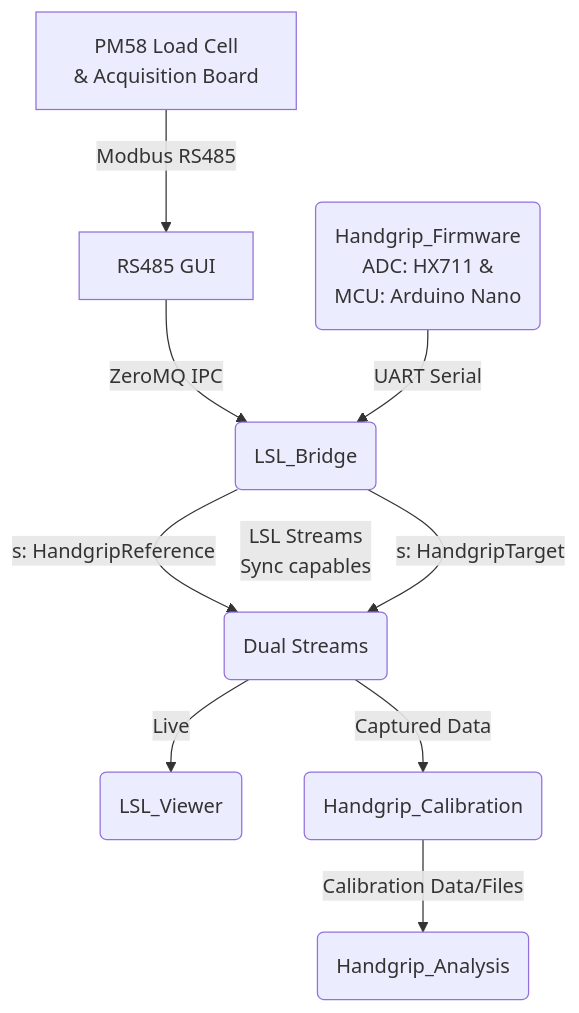
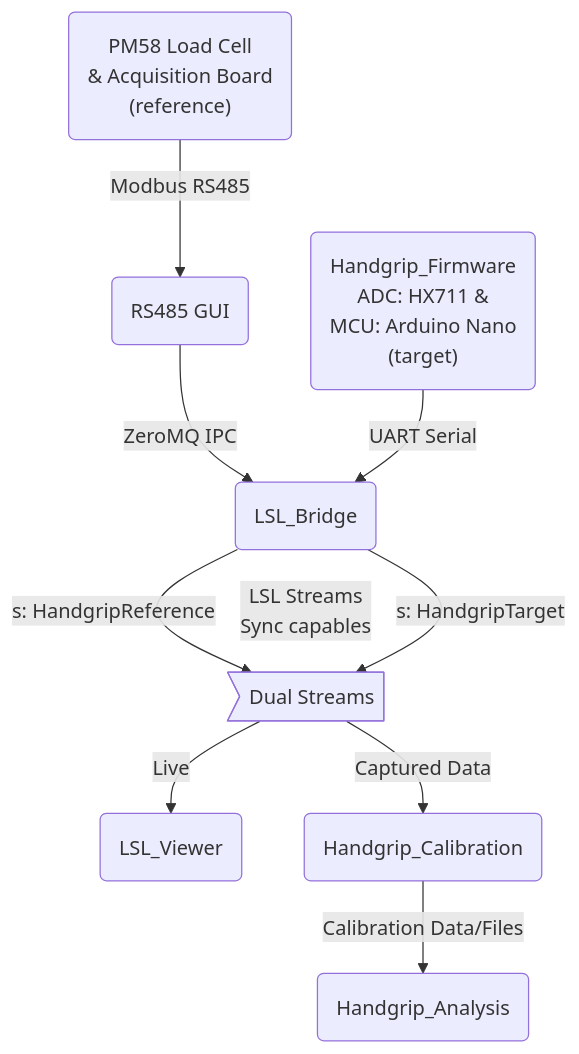
One commit to MadHuslista/madhus.project.handgrip changed the diagram in README.md. Above: the diagram before and after it, drawn with Mermaid. The commit also changed other lines of this file and 3 other files, not shown here.

````diff
--- a/README.md
+++ b/README.md
@@ -13,12 +13,13 @@
 ```mermaid
 flowchart TD
-    Hardware[PM58 Load Cell \n& Acquisition Board] -->|Modbus RS485| RS485_GUI[RS485 GUI]
+    Streams>"Dual Streams"]
+    Hardware("PM58 Load Cell \n& Acquisition Board\n(reference)") -->|Modbus RS485| RS485_GUI(RS485 GUI)
     RS485_GUI -->|ZeroMQ IPC| Bridge(LSL_Bridge)
-    FW(Handgrip_Firmware \nADC: HX711 &\nMCU: Arduino Nano) -->|UART Serial| Bridge
+    FW("Handgrip_Firmware \nADC: HX711 &\nMCU: Arduino Nano\n(target)\n") -->|UART Serial| Bridge
     Bridge --> |s: HandgripReference| Streams
-    Bridge ~~~ |"LSL Streams\n Sync capables"| Streams(Dual Streams)
+    Bridge ~~~ |"LSL Streams\n Sync capables"| Streams
     Bridge --> |s: HandgripTarget| Streams
     Streams -->| Live | Viewer(LSL_Viewer)
     Streams -->|Captured Data| Calibration(Handgrip_Calibration)
     Calibration -->|Calibration Data/Files| Analysis(Handgrip_Analysis)
 ```
````
